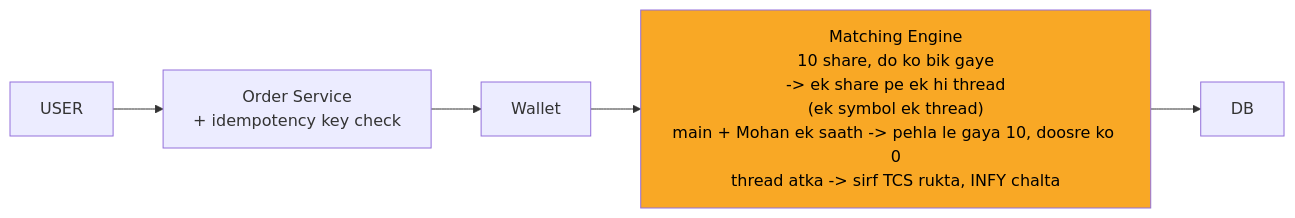
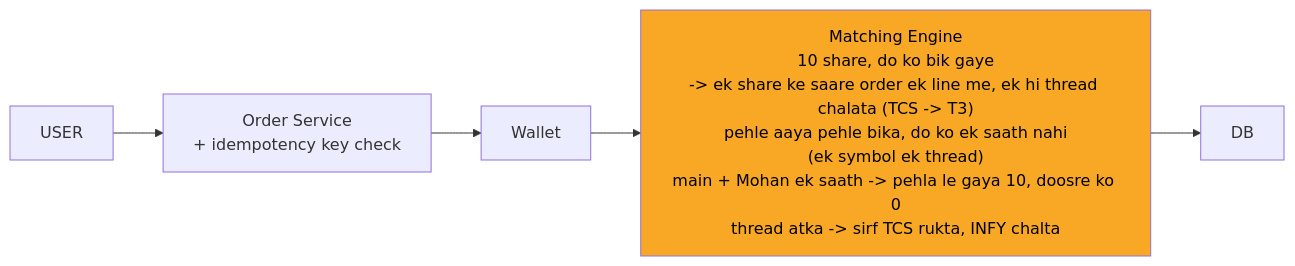
The fourth of 10 diagrams in 04_HLD/SYSTEM_DESIGNS/05_stock_broker_trading/05_stock_broker_trading.md (ArpanMaheshwari144/Prep), drawn with Mermaid before and after one commit. The commit also changed other lines of this file and 13 other files, not shown here.

````diff
--- a/04_HLD/SYSTEM_DESIGNS/05_stock_broker_trading/05_stock_broker_trading.md
+++ b/04_HLD/SYSTEM_DESIGNS/05_stock_broker_trading/05_stock_broker_trading.md
@@ -164,14 +168,14 @@
 ```mermaid
 %%{init: {"flowchart": {"wrappingWidth": 450}}}%%
 flowchart LR
     n_USER["USER"]
     n_Order_Service["Order Service<br/>+ idempotency key check"]
     n_Wallet["Wallet"]
-    n_Matching_Engine["Matching Engine<br/>10 share, do ko bik gaye<br/>-> ek share pe ek hi thread<br/>(ek symbol ek thread)<br/>main + Mohan ek saath -> pehla le gaya 10, doosre ko 0<br/>thread atka -> sirf TCS rukta, INFY chalta"]
+    n_Matching_Engine["Matching Engine<br/>10 share, do ko bik gaye<br/>-> ek share ke saare order ek line me, ek hi thread chalata (TCS -> T3)<br/>pehle aaya pehle bika, do ko ek saath nahi<br/>(ek symbol ek thread)<br/>main + Mohan ek saath -> pehla le gaya 10, doosre ko 0<br/>thread atka -> sirf TCS rukta, INFY chalta"]
     n_DB["DB"]
     n_USER --> n_Order_Service
     n_Order_Service --> n_Wallet
     n_Wallet --> n_Matching_Engine
     n_Matching_Engine --> n_DB
     style n_Matching_Engine fill:#f9a825,color:#000
 ```
````
